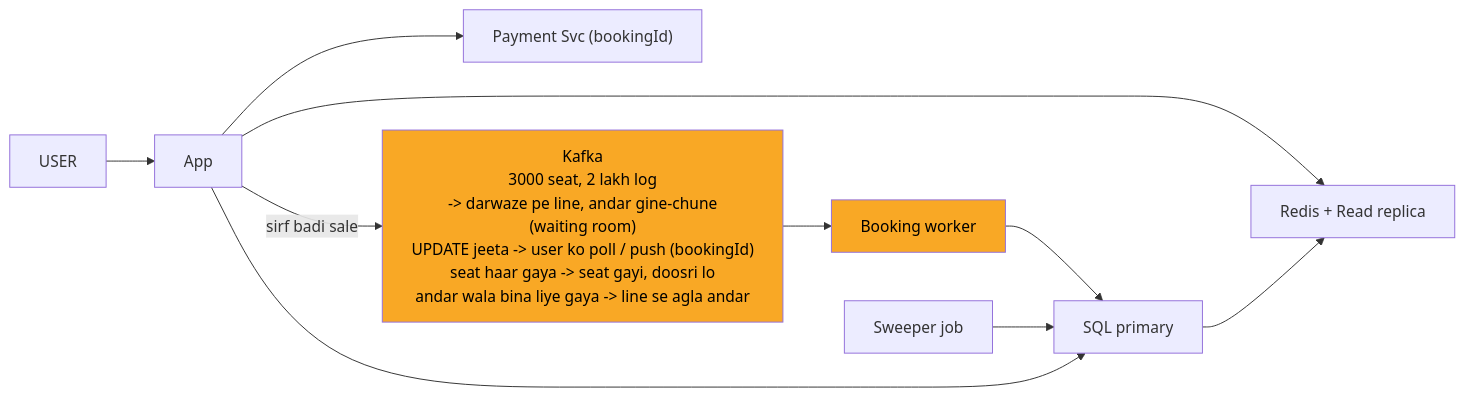
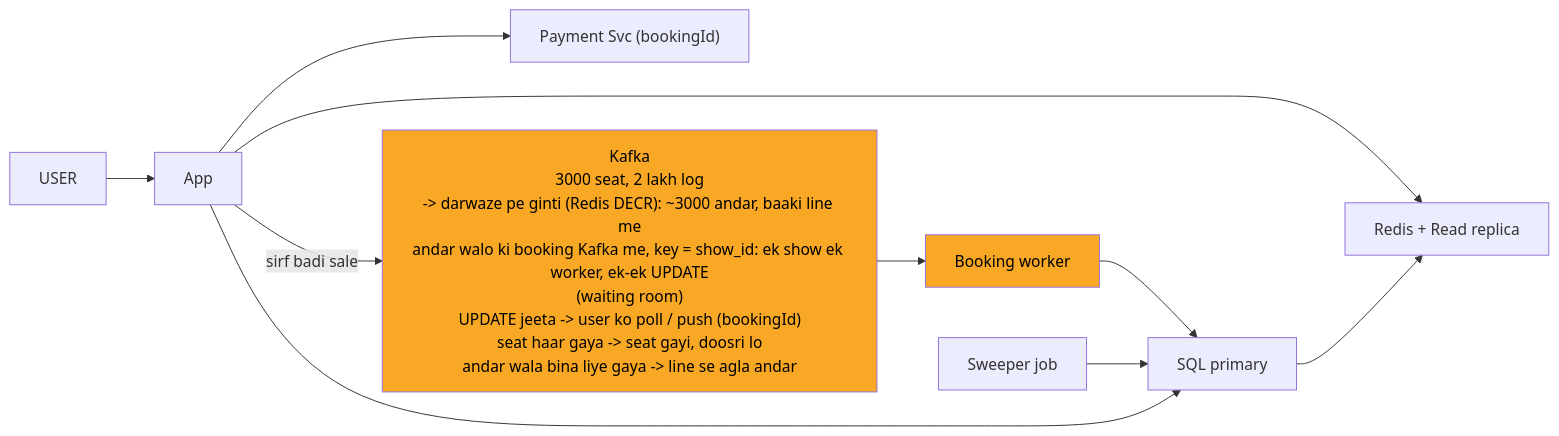
One commit to ArpanMaheshwari144/Prep changed the sixth of 9 diagrams in 04_HLD/SYSTEM_DESIGNS/09_bookmyshow/09_bookmyshow_INTERVIEW.md. Above: the diagram before and after it, drawn with Mermaid. The commit also changed other lines of this file and 13 other files, not shown here.

````diff
--- a/04_HLD/SYSTEM_DESIGNS/09_bookmyshow/09_bookmyshow_INTERVIEW.md
+++ b/04_HLD/SYSTEM_DESIGNS/09_bookmyshow/09_bookmyshow_INTERVIEW.md
@@ -221,23 +224,23 @@
 ```mermaid
 %%{init: {"flowchart": {"wrappingWidth": 450}}}%%
 flowchart LR
     n_USER["USER"]
     n_App["App"]
     n_Payment_Svc["Payment Svc (bookingId)"]
     n_RRR["Redis + Read replica"]
-    n_Kafka["Kafka<br/>3000 seat, 2 lakh log<br/>-> darwaze pe line, andar gine-chune<br/>(waiting room)<br/>UPDATE jeeta -> user ko poll / push (bookingId)<br/>seat haar gaya -> seat gayi, doosri lo<br/>andar wala bina liye gaya -> line se agla andar"]
+    n_Kafka["Kafka<br/>3000 seat, 2 lakh log<br/>-> darwaze pe ginti (Redis DECR): ~3000 andar, baaki line me<br/>andar walo ki booking Kafka me, key = show_id: ek show ek worker, ek-ek UPDATE<br/>(waiting room)<br/>UPDATE jeeta -> user ko poll / push (bookingId)<br/>seat haar gaya -> seat gayi, doosri lo<br/>andar wala bina liye gaya -> line se agla andar"]
     n_Booking_worker["Booking worker"]
     n_SQL_primary["SQL primary"]
     n_Sweeper_job["Sweeper job"]
     n_USER --> n_App
     n_App --> n_Payment_Svc
     n_App --> n_RRR
     n_App -->|sirf badi sale| n_Kafka
     n_Kafka --> n_Booking_worker
     n_Booking_worker --> n_SQL_primary
     n_Sweeper_job --> n_SQL_primary
     n_App --> n_SQL_primary
     n_SQL_primary --> n_RRR
     style n_Kafka fill:#f9a825,color:#000
     style n_Booking_worker fill:#f9a825,color:#000
 ```
````
